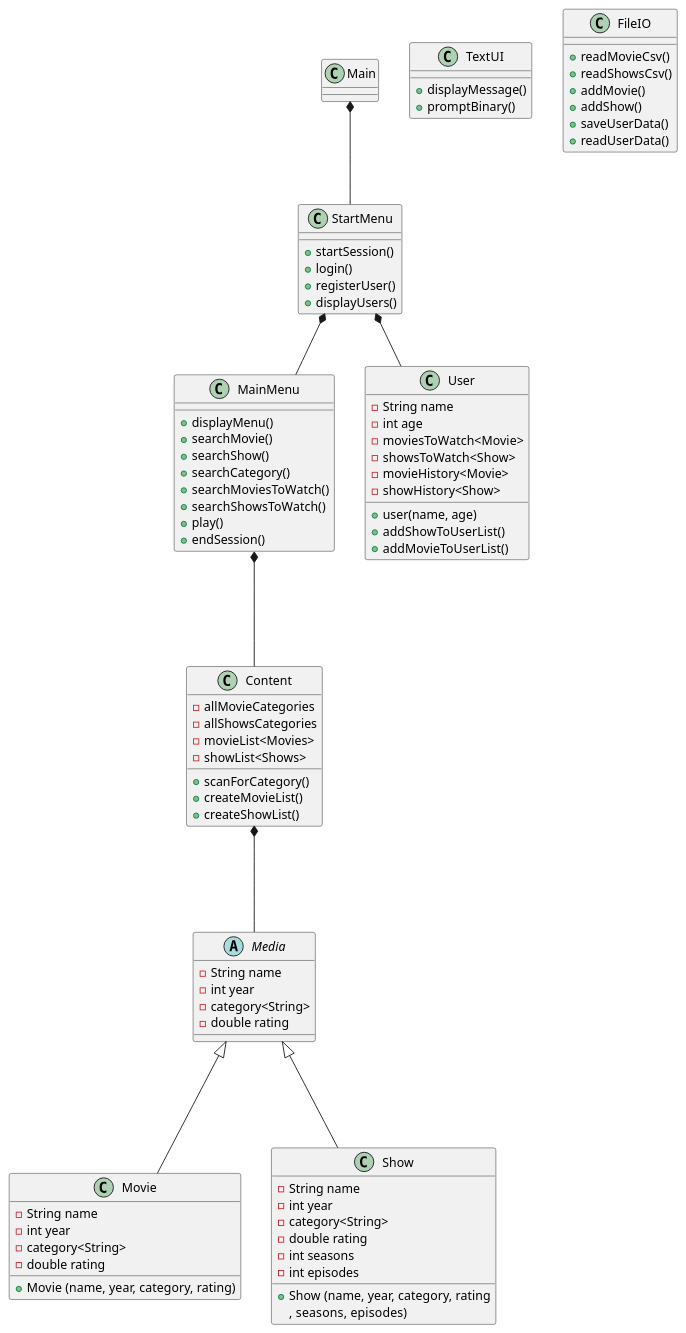
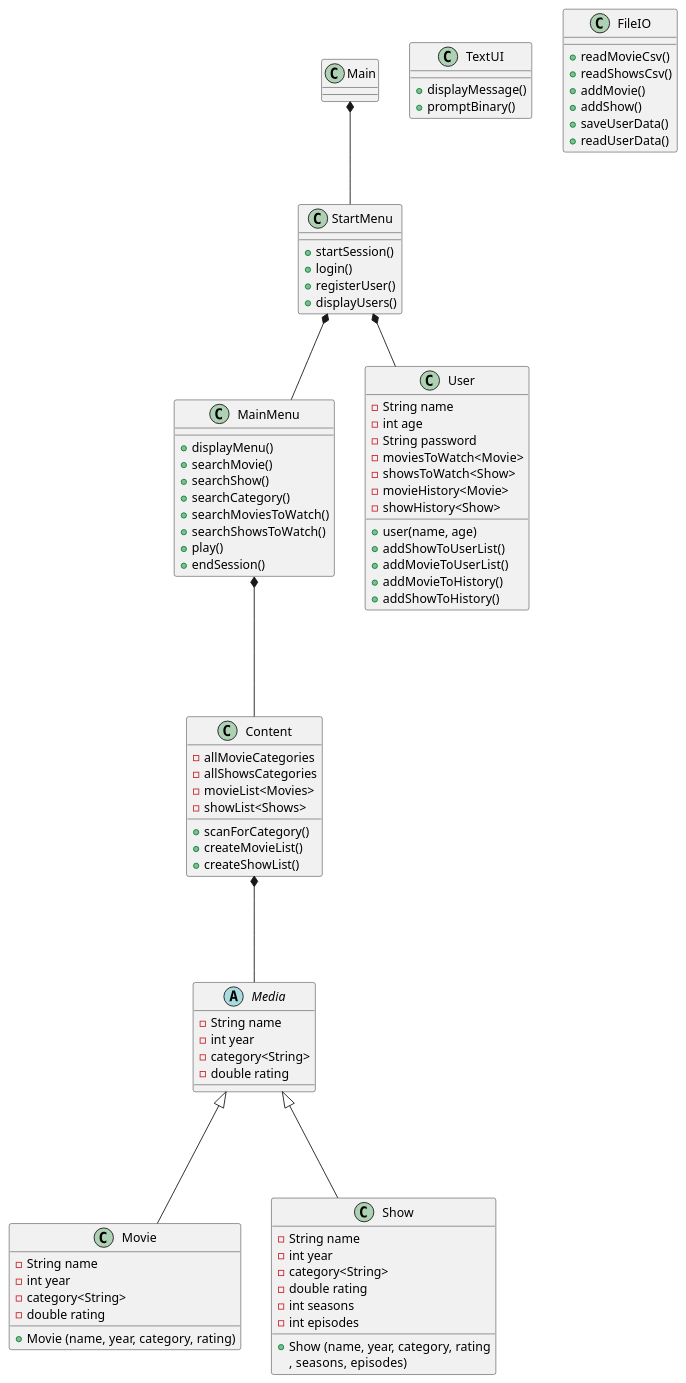
The diagram in UML/ClassDiagram.puml (KatarinaKN/SP3-Streaming-Service), drawn with PlantUML before and after one commit. The commit also changed 2 other files, not shown here.

Commit message:
Class diagram update user.csv

```diff
--- a/UML/ClassDiagram.puml
+++ b/UML/ClassDiagram.puml
@@ -1,91 +1,94 @@
 @startuml
 'https://plantuml.com/class-diagram
 
 class Main
 class StartMenu {
     + startSession()
     + login()
     + registerUser()
     + displayUsers()
 }
 class MainMenu {
     + displayMenu()
     + searchMovie()
     + searchShow()
     + searchCategory()
     + searchMoviesToWatch()
     + searchShowsToWatch()
     + play()
     + endSession()
 }
 class User {
     - String name
     - int age
+    - String password
     - moviesToWatch<Movie>
     - showsToWatch<Show>
     - movieHistory<Movie>
     - showHistory<Show>
     + user(name, age)
     + addShowToUserList()
     + addMovieToUserList()
+    + addMovieToHistory()
+    + addShowToHistory()
 }
 
 class Content {
     - allMovieCategories
     - allShowsCategories
     - movieList<Movies>
     - showList<Shows>
     + scanForCategory()
     + createMovieList()
     + createShowList()
 }
 
 abstract class Media {
     - String name
     - int year
     - category<String>
     - double rating
 
 }
 
 class Movie {
     - String name
     - int year
     - category<String>
     - double rating
     + Movie (name, year, category, rating)
 }
 class Show {
     - String name
     - int year
     - category<String>
     - double rating
     - int seasons
     - int episodes
     + Show (name, year, category, rating
     ,  seasons, episodes)
 }
 class TextUI {
     + displayMessage()
     + promptBinary()
 }
 class FileIO {
     + readMovieCsv()
     + readShowsCsv()
     + addMovie()
     + addShow()
     + saveUserData()
     + readUserData()
 }
 
 Main *-- StartMenu
 StartMenu *-- User
 StartMenu *-- MainMenu
 MainMenu *--- Content
 Content *--- Media
 Media <|--- Movie
 Media <|--- Show
 
 
 
 @enduml
```
